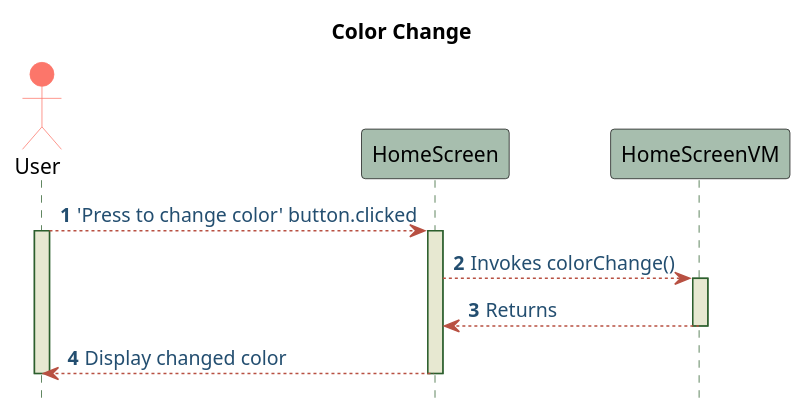
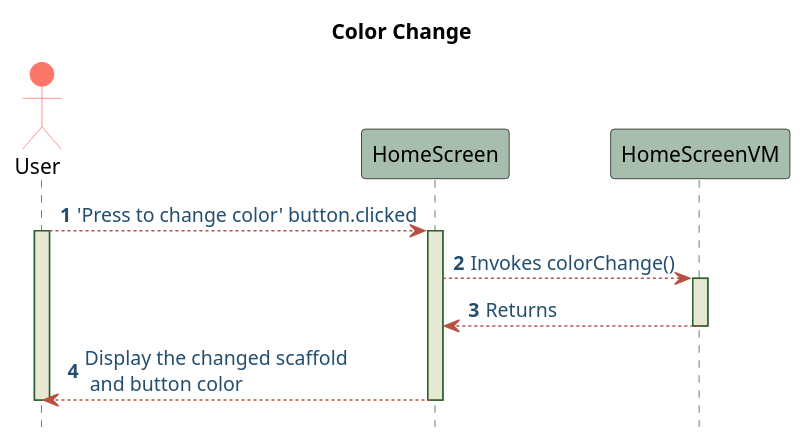
The diagram in lib/Pages/HomeScreen/Design/HomeScreen-Sequence-Pseudo.puml (ThirumuruganArumugam/Project-ScaffoldColor), drawn with PlantUML before and after one commit. The commit also changed 3 other files, not shown here.

```diff
--- a/lib/Pages/HomeScreen/Design/HomeScreen-Sequence-Pseudo.puml
+++ b/lib/Pages/HomeScreen/Design/HomeScreen-Sequence-Pseudo.puml
@@ -1,27 +1,27 @@
 @startuml HomeScreen Sequence
 
 skinparam sequence{
     ParticipantBackgroundColor #A7BEAE
     LifeLineBackgroundColor #E7E8D1
     LifeLineBorderColor #2C5F2D
     ActorBackgroundColor #FC766AFF
     ActorBorderColor #FC766AFF
     ArrowColor #B85042
     ArrowFontColor #234E70
 }
 Actor User
 title Color Change
 autonumber
 hide footbox
 User --> HomeScreen: 'Press to change color' button.clicked
 activate User 
 activate HomeScreen
 HomeScreen --> HomeScreenVM: Invokes colorChange()
 activate HomeScreenVM
 HomeScreenVM --> HomeScreen: Returns
 deactivate HomeScreenVM
-HomeScreen --> User: Display changed color
+HomeScreen --> User: Display the changed scaffold \n and button color
 deactivate HomeScreen
 deactivate User 
 
 @enduml 
```
